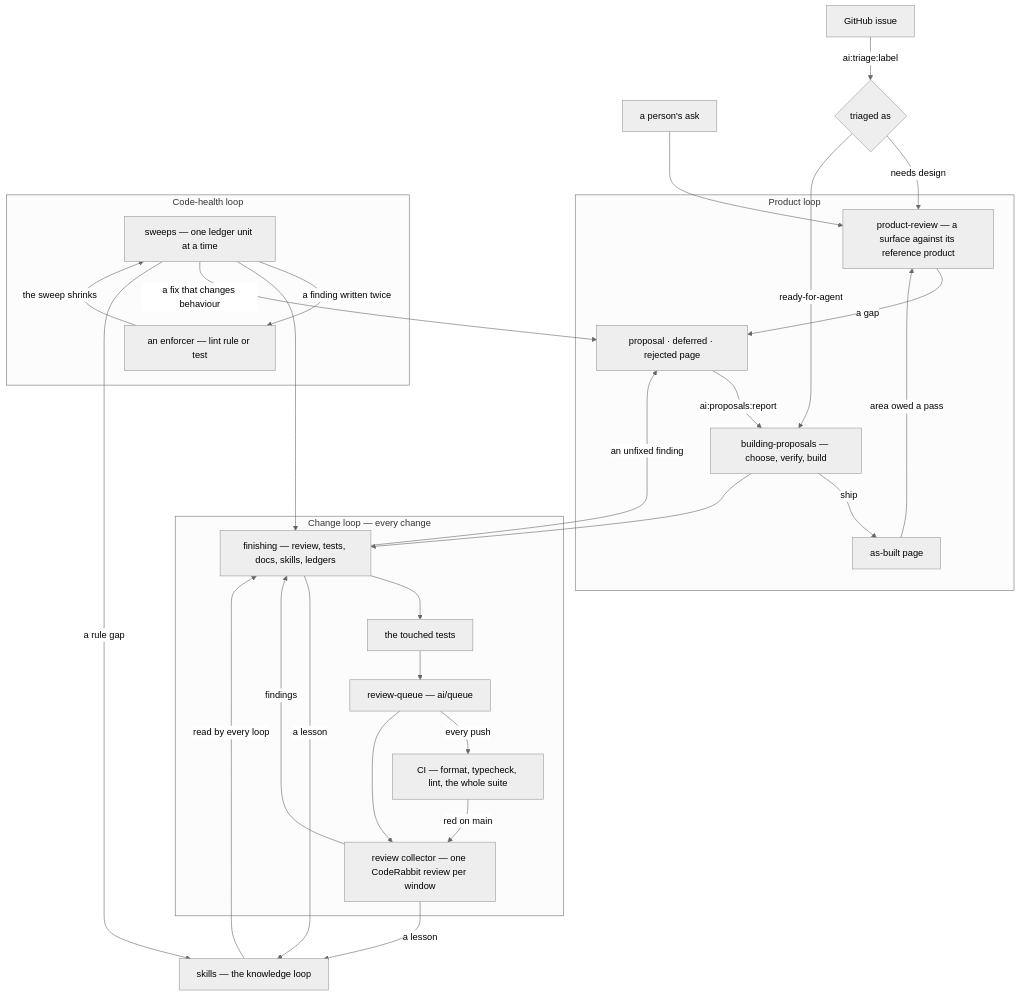
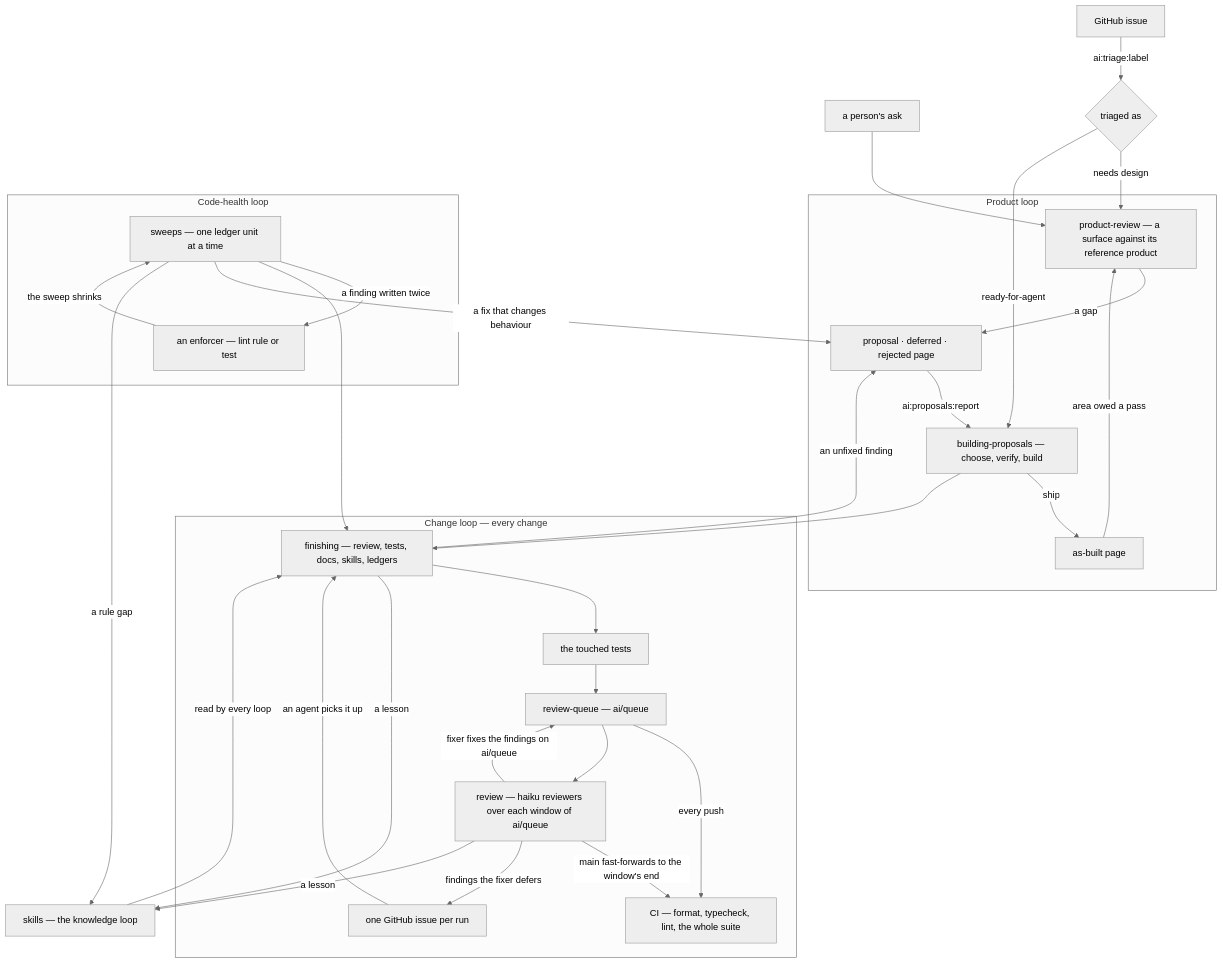
One commit to Esposter/Esposter changed the diagram in apps/web/content/docs/architecture/engineering-loops.md. Above: the diagram before and after it, drawn with Mermaid (neutral theme). The commit also changed other lines of this file and 8 other files, not shown here.

First line of the commit message:
docs: the architecture and area pages describe the review workflow in place of CodeRabbit and the review collector

````diff
--- a/apps/web/content/docs/architecture/engineering-loops.md
+++ b/apps/web/content/docs/architecture/engineering-loops.md
@@ -14,37 +14,39 @@
 ```mermaid
 flowchart TD
   ASK["a person's ask"] --> PR
   ISSUE["GitHub issue"] -->|"ai:triage:label"| TRIAGE{"triaged as"}
   TRIAGE -->|"needs design"| PR
   TRIAGE -->|"ready-for-agent"| BUILD
 
   subgraph product ["Product loop"]
     PR["product-review — a surface against its reference product"] -->|"a gap"| PROPOSAL["proposal · deferred · rejected page"]
     PROPOSAL -->|"ai:proposals:report"| BUILD["building-proposals — choose, verify, build"]
     BUILD -->|"ship"| SHIPPED["as-built page"]
     SHIPPED -->|"area owed a pass"| PR
   end
 
   subgraph change ["Change loop — every change"]
     FINISH["finishing — review, tests, docs, skills, ledgers"] --> CHECKS["the touched tests"]
     CHECKS --> QUEUE["review-queue — ai/queue"]
     QUEUE -->|"every push"| CI["CI — format, typecheck, lint, the whole suite"]
-    QUEUE --> COLLECTOR["review collector — one CodeRabbit review per window"]
-    CI -->|"red on main"| COLLECTOR
-    COLLECTOR -->|"findings"| FINISH
+    QUEUE --> REVIEW["review — haiku reviewers over each window of ai/queue"]
+    REVIEW -->|"main fast-forwards to the window's end"| CI
+    REVIEW -->|"fixer fixes the findings on ai/queue"| QUEUE
+    REVIEW -->|"findings the fixer defers"| REVIEWISSUE["one GitHub issue per run"]
+    REVIEWISSUE -->|"an agent picks it up"| FINISH
   end
 
   subgraph health ["Code-health loop"]
     LEDGER["sweeps — one ledger unit at a time"] -->|"a finding written twice"| ENFORCER["an enforcer — lint rule or test"]
     ENFORCER -->|"the sweep shrinks"| LEDGER
   end
 
   BUILD --> FINISH
   LEDGER --> FINISH
   LEDGER -->|"a fix that changes behaviour"| PROPOSAL
   FINISH -->|"an unfixed finding"| PROPOSAL
   FINISH -->|"a lesson"| SKILLS["skills — the knowledge loop"]
-  COLLECTOR -->|"a lesson"| SKILLS
+  REVIEW -->|"a lesson"| SKILLS
   LEDGER -->|"a rule gap"| SKILLS
   SKILLS -->|"read by every loop"| FINISH
 ```
````
